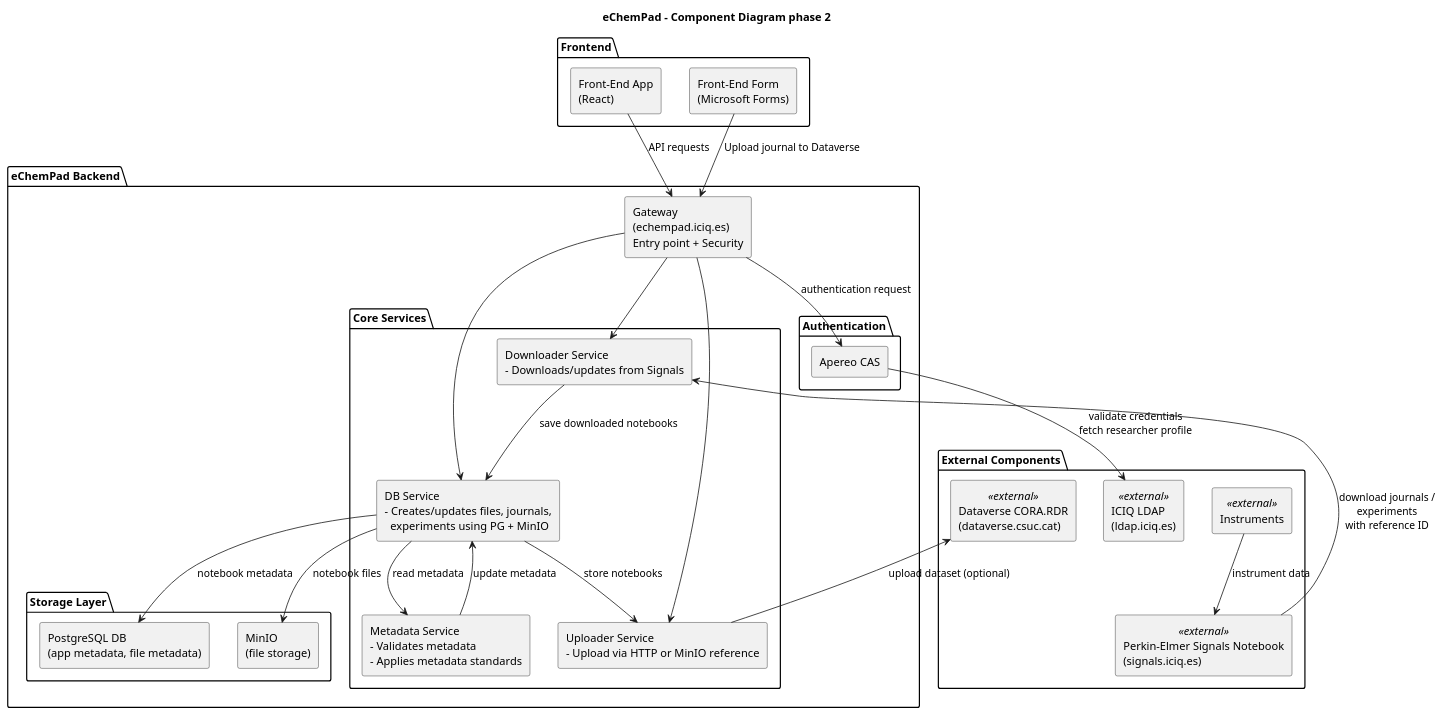
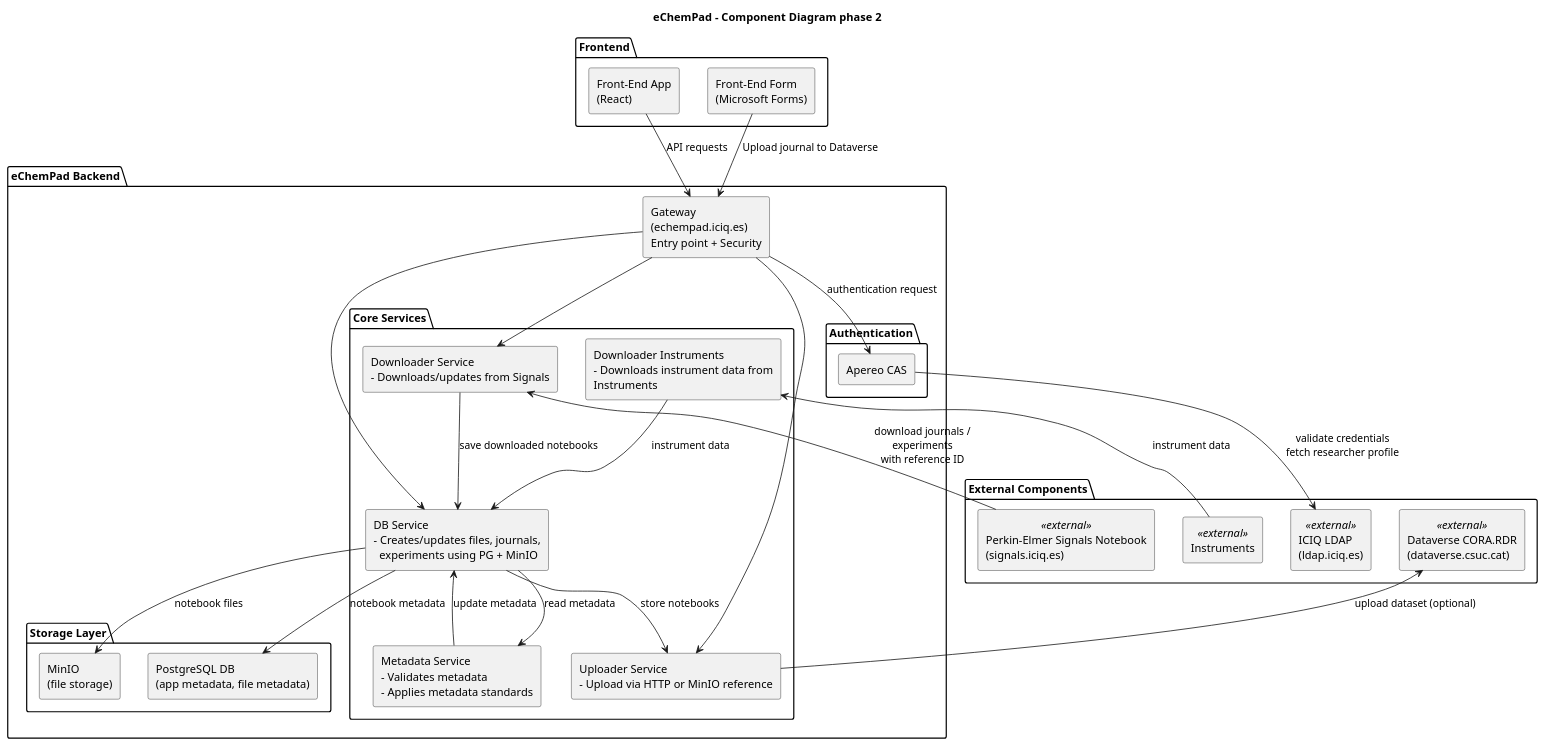
One commit to ICIQ-DMP/eChempad-diagrams changed the diagram in diagrams/echempad_phase2.puml. Above: the diagram before and after it, drawn with PlantUML.

Commit message:
ADDED: downloader service and changed arrow of the instruments

```diff
--- a/diagrams/echempad_phase2.puml
+++ b/diagrams/echempad_phase2.puml
@@ -1,89 +1,91 @@
 @startuml
 title eChemPad – Component Diagram phase 2
 
 skinparam componentStyle rectangle
 skinparam shadowing false
 skinparam wrapWidth 250
 skinparam maxMessageSize 200
 
 ' -----------------------------------------------------------
 ' External Systems
 ' -----------------------------------------------------------
 package "External Components" {
     [Dataverse CORA.RDR\n(dataverse.csuc.cat)] <<external>>as Dataverse
     [Perkin-Elmer Signals Notebook\n(signals.iciq.es)] <<external>> as Signals
     [ICIQ LDAP\n(ldap.iciq.es)] <<external>> as LDAP
     [Instruments] <<external>> as ins
 }
 
 ' -----------------------------------------------------------
 ' Internal Backend Architecture
 ' -----------------------------------------------------------
 package "eChemPad Backend" {
 
     package "Storage Layer" {
         [PostgreSQL DB\n(app metadata, file metadata)] as PG
         [MinIO\n(file storage)] as MinIO
     }
 
     package "Authentication" {
         [Apereo CAS] as CAS
     }
 
     package "Core Services" {
         [Uploader Service\n- Upload via HTTP or MinIO reference] as Uploader
         [Downloader Service\n- Downloads/updates from Signals] as Downloader
+        [Downloader Instruments\n- Downloads instrument data from Instruments] as DownloaderIns
         [Metadata Service\n- Validates metadata\n- Applies metadata standards] as Metadata
         [DB Service\n- Creates/updates files, journals,\n  experiments using PG + MinIO] as DBService
     }
 
     [Gateway\n(echempad.iciq.es)\nEntry point + Security] as Gateway
 }
 
 ' -----------------------------------------------------------
 ' Frontend Layer
 ' -----------------------------------------------------------
 package "Frontend" {
     [Front-End App\n(React)] as FEApp
     [Front-End Form\n(Microsoft Forms)] as FEForm
 }
 
 ' -----------------------------------------------------------
 ' Connections
 ' -----------------------------------------------------------
 
 ' Frontends → Gateway
 FEApp --> Gateway : API requests
 FEForm --> Gateway : Upload journal to Dataverse
 
 ' Gateway → Core Services
 Gateway --> Uploader
 Gateway --> Downloader
 Gateway --> DBService
 Gateway --> CAS : authentication request
 
 ' CAS → LDAP
 CAS --> LDAP : validate credentials\nfetch researcher profile
 
 ' Core Services → Storage
 DBService --> PG : notebook metadata
 DBService --> MinIO : notebook files
 
 ' External Signals → Downloader
 Signals --> Downloader: download journals / experiments\nwith reference ID
 
 ' Downloader → DB service
 Downloader --> DBService : save downloaded notebooks
 
 ' Uploader/Downloader → Dataverse
 Uploader --> Dataverse : upload dataset (optional)
 DBService --> Uploader : store notebooks
 
 ' Instruments → Signals
-ins --> Signals : instrument data
+ins --> DownloaderIns : instrument data
+DownloaderIns --> DBService : instrument data
 
 ' Metadata
 Metadata --> DBService : update metadata
 DBService --> Metadata: read metadata
 
 @enduml
```
